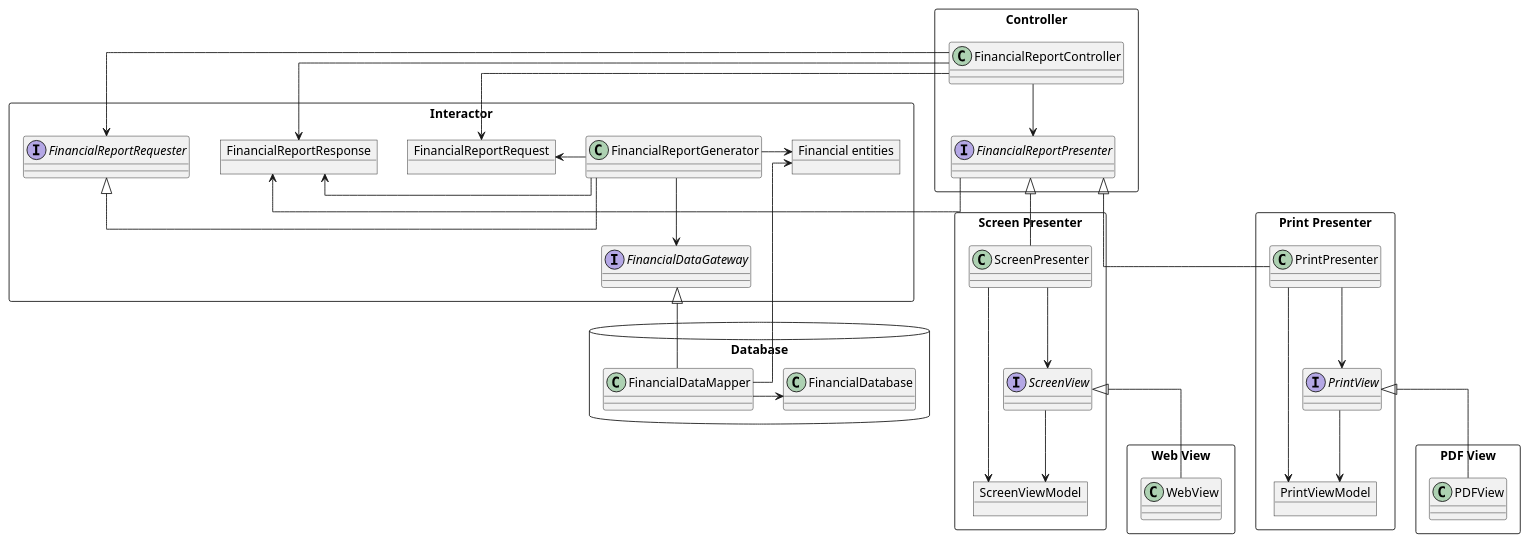
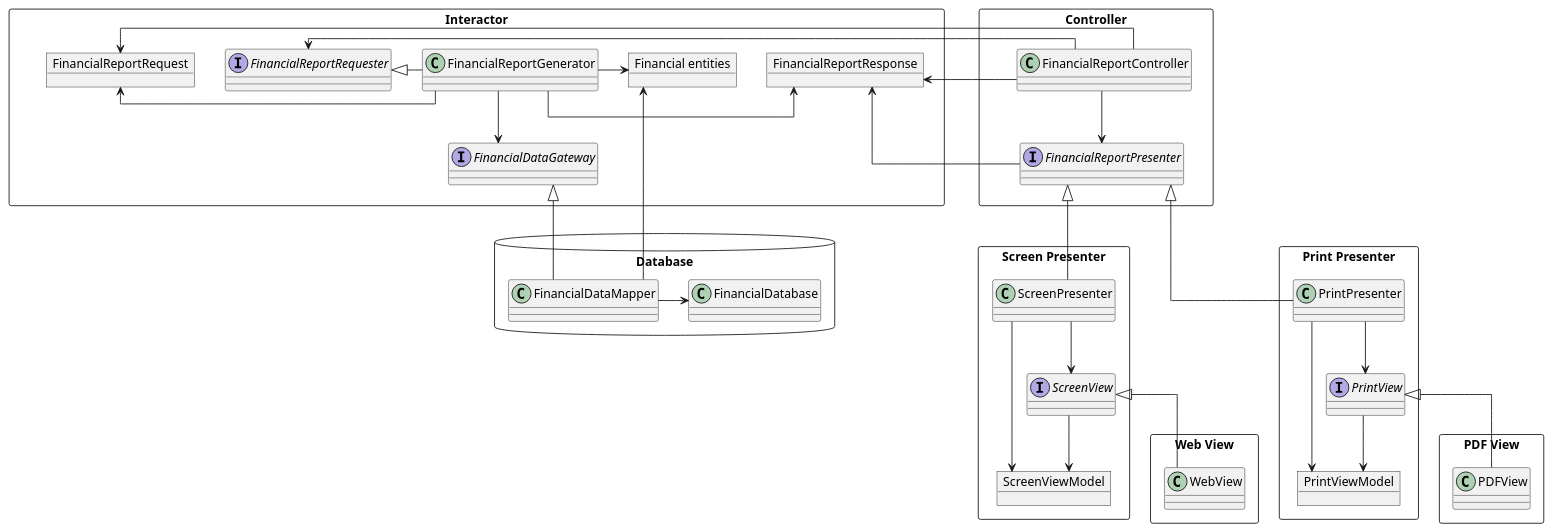
Before and after one commit to huland/logseq-notes: the third of 3 diagrams in pages/Robert C. Martin - Clean Architecture A Craftsman's Guide to Software Structure and Design.md, drawn with PlantUML.

Commit message:
Auto saved by Logseq

```diff
--- a/pages/Robert C. Martin - Clean Architecture A Craftsman's Guide to Software Structure and Design.md
+++ b/pages/Robert C. Martin - Clean Architecture A Craftsman's Guide to Software Structure and Design.md
@@ -203,60 +203,61 @@
 				  @startuml
 				  skinparam linetype ortho
 				  package Interactor <<Rectangle>> {
 				    object FinancialReportRequest
 				    interface FinancialReportRequester
 				    object FinancialReportResponse
 				    class FinancialReportGenerator
 				    interface FinancialDataGateway
 				    object "Financial entities" as FinancialEntities
 				  }
 				  package Controller <<Rectangle>> {
 				    class FinancialReportController 
 				    interface FinancialReportPresenter
 				  }
 				  package Database <<Database>> {
 				    class FinancialDataMapper 
 				    class FinancialDatabase
 				  }
 				  package "Screen Presenter" as ScreenPres <<Rectangle>> {
 				    class ScreenPresenter
 				    object ScreenViewModel
 				    interface ScreenView
 				  }
 				  package "Print Presenter" as PrintPres <<Rectangle>> {
 				    class PrintPresenter
 				    object PrintViewModel
 				    interface PrintView
 				  } 
 				  package "PDF View" as PDFV <<Rectangle>> {
 				    class PDFView
 				  } 
 				  package "Web View" as WebV <<Rectangle>> {
 				    class WebView
 				  } 
 				  
 				  FinancialReportGenerator -l-> FinancialReportRequest
 				  FinancialReportGenerator -r-> FinancialEntities
 				  FinancialReportGenerator -l-> FinancialReportResponse
 				  FinancialReportGenerator -d-> FinancialDataGateway
 				  FinancialReportGenerator -l-|> FinancialReportRequester
 				  FinancialDataMapper -r-> FinancialDatabase
 				  FinancialDataMapper -u-> FinancialEntities
 				  FinancialDataMapper -u-|> FinancialDataGateway
 				  FinancialReportController -d-> FinancialReportPresenter
 				  FinancialReportPresenter -r-> FinancialReportResponse
 				  FinancialReportController -r-> FinancialReportRequest
 				  FinancialReportController -r-> FinancialReportRequester
 				  FinancialReportController -r-> FinancialReportResponse
 				  ScreenPresenter -d-> ScreenView
 				  ScreenView -d-> ScreenViewModel
 				  ScreenPresenter -d-> ScreenViewModel
 				  ScreenPresenter -u-|> FinancialReportPresenter
 				  PrintPresenter -d-> PrintView
 				  PrintView -d-> PrintViewModel
 				  PrintPresenter -d-> PrintViewModel
 				  PrintPresenter -u-|> FinancialReportPresenter
 				  WebView -u-|> ScreenView
 				  PDFView -u-|> PrintView
 				  
+				  Controller -l[hidden]-> Interactor
 				  @enduml
```
